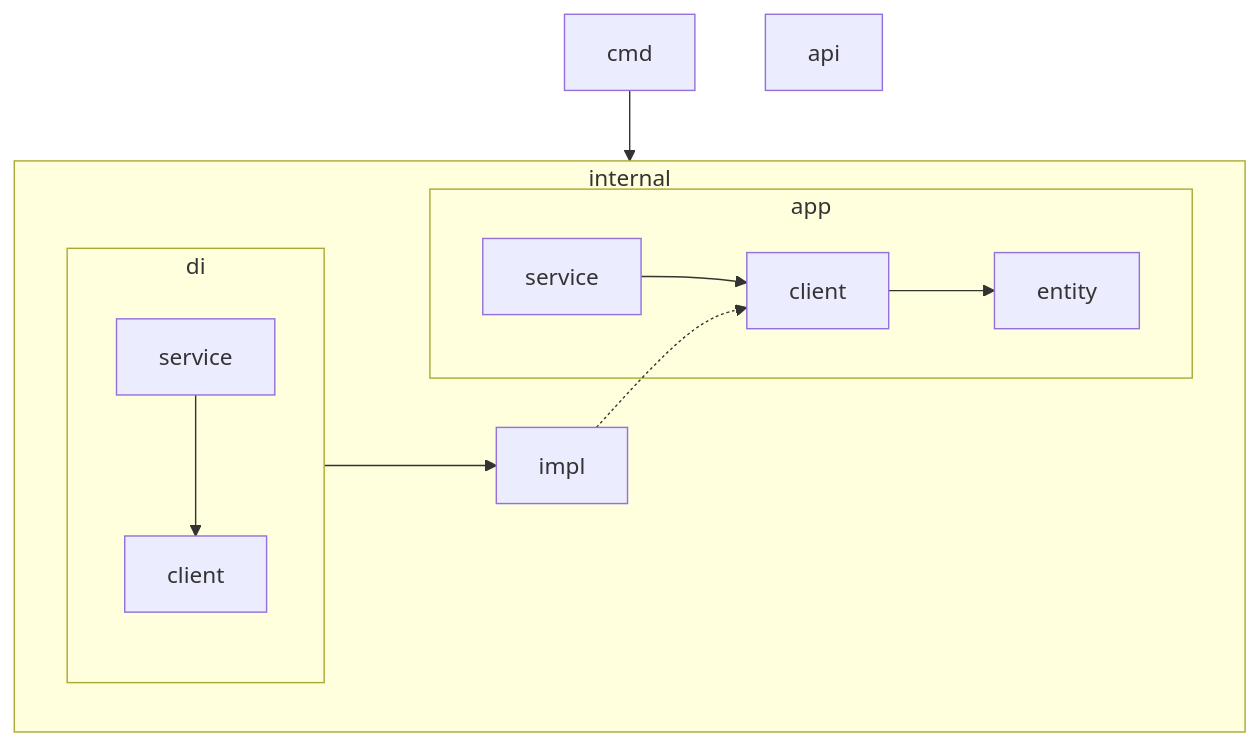
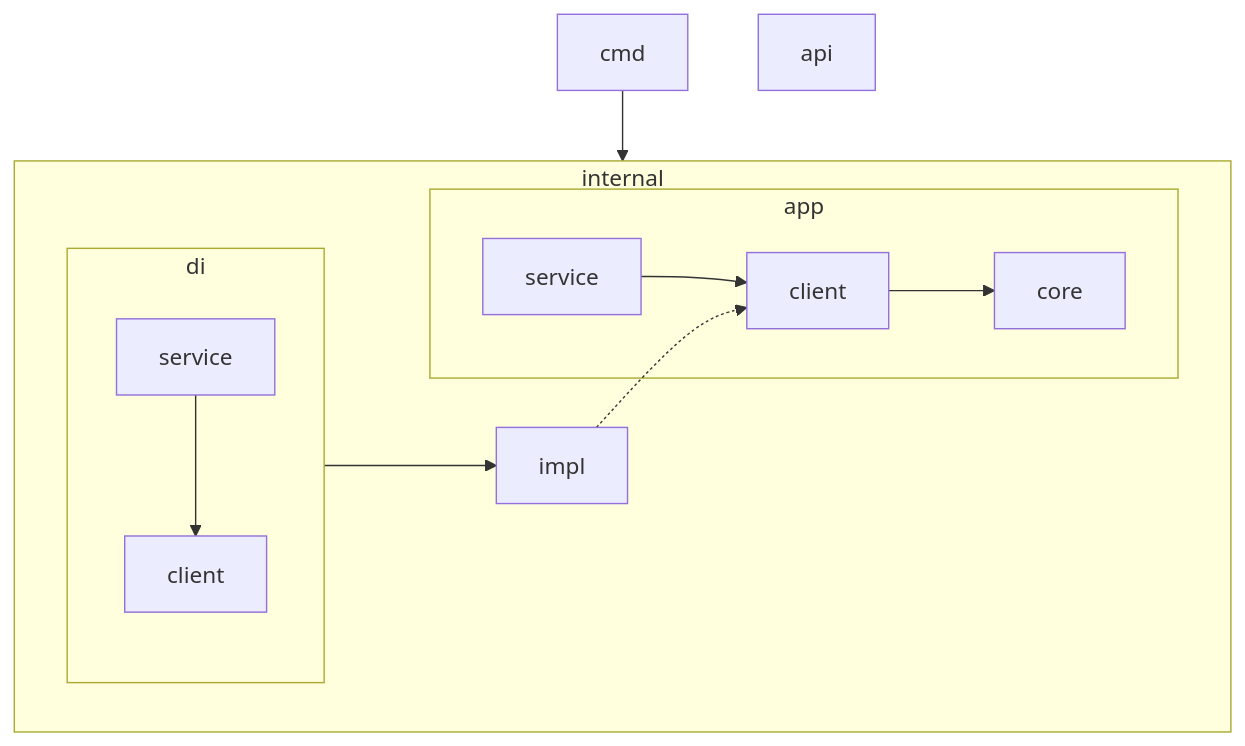
Before and after one commit to MoonlightOffice/typek8s: the diagram in package/AGENTS.md, drawn with Mermaid. The commit also changed other lines of this file and 9 other files, not shown here.

Commit message:
refactor: rename entity to core

````diff
--- a/package/AGENTS.md
+++ b/package/AGENTS.md
@@ -15,21 +15,21 @@
 ```mermaid
 graph TB
     subgraph internal
         direction LR
         subgraph app
-            service --> client --> entity
+            service --> client --> core
         end
 
         impl -.-> client
 
         subgraph di
             S[service] --> C[client]
         end
 
         di --> impl
     end
 
     cmd --> internal
 
     api
 ```
````
